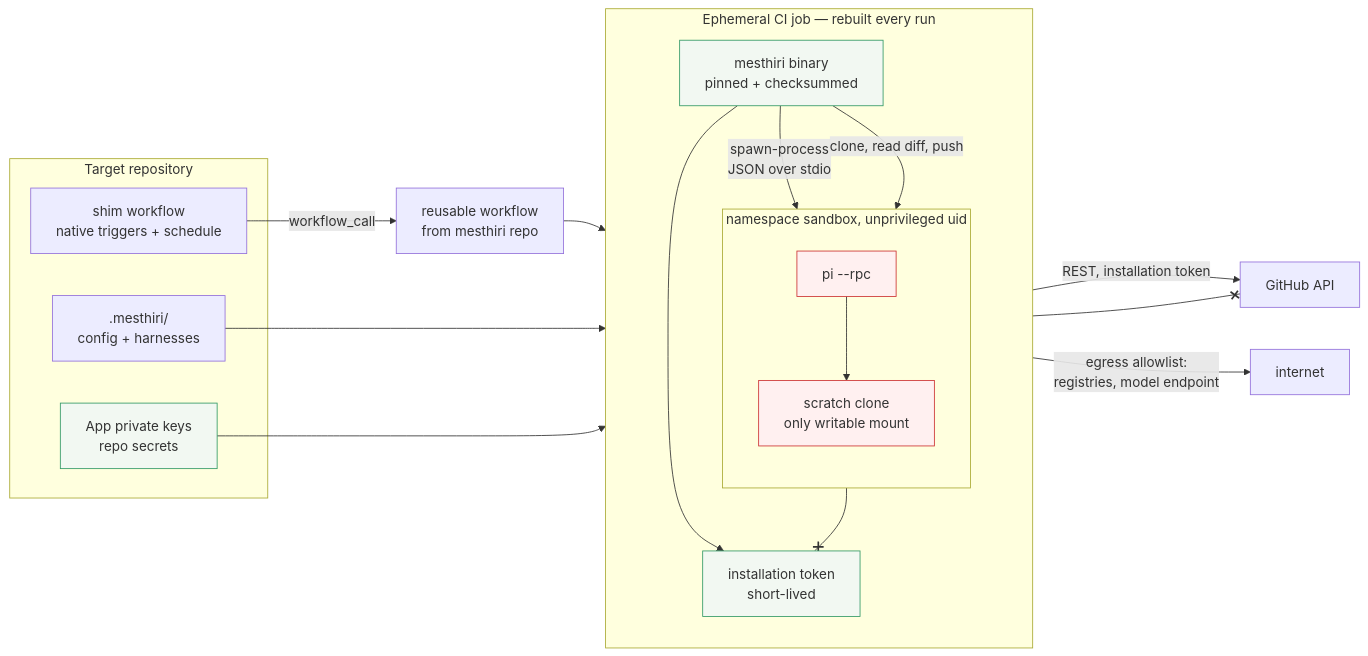
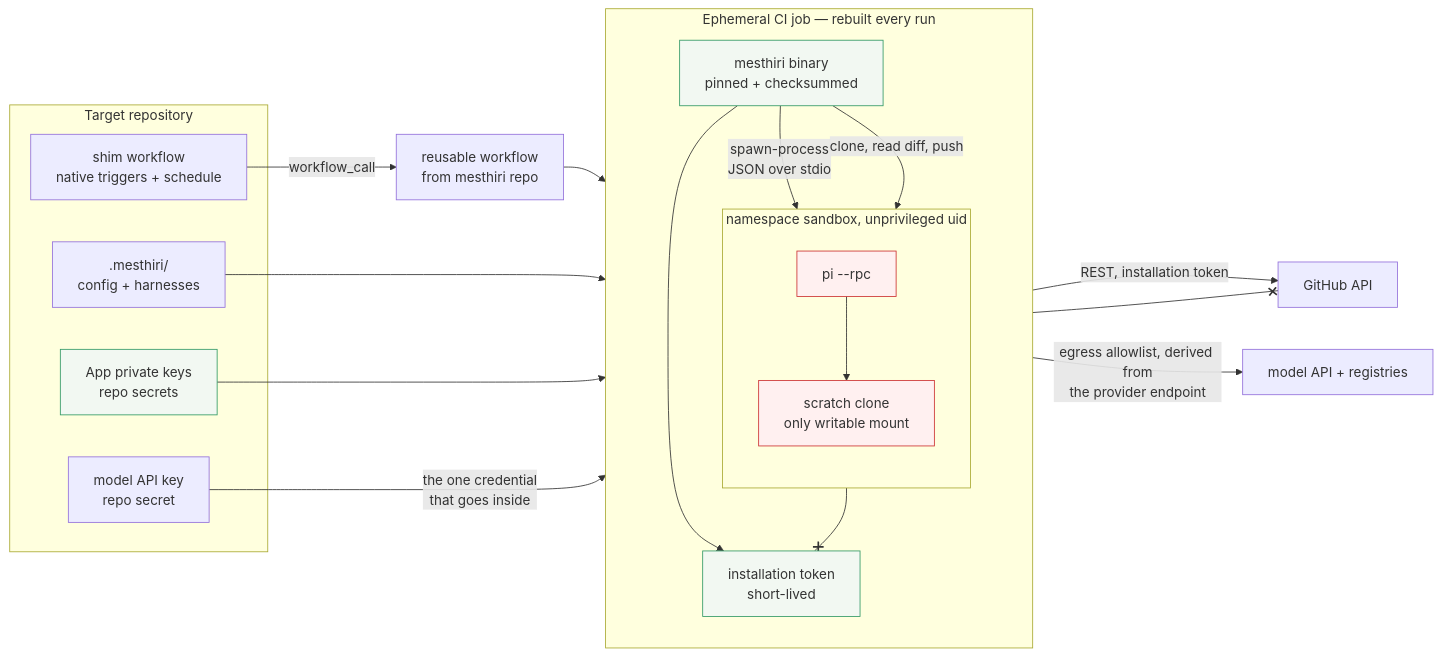
Before and after one commit to mesthiri/mesthiri: the first of 7 diagrams in docs/architecture.md, drawn with Mermaid. The commit also changed other lines of this file, not shown here.

````diff
--- a/docs/architecture.md
+++ b/docs/architecture.md
@@ -16,37 +16,39 @@
 ```mermaid
 flowchart LR
   subgraph repo["Target repository"]
     shim["shim workflow<br/>native triggers + schedule"]
     cfg[".mesthiri/<br/>config + harnesses"]
-    secret["App private keys<br/>repo secrets"]
+    appkeys["App private keys<br/>repo secrets"]
+    modelkey["model API key<br/>repo secret"]
   end
 
   subgraph job["Ephemeral CI job — rebuilt every run"]
     direction TB
     bin["mesthiri binary<br/>pinned + checksummed"]
     tok["installation token<br/>short-lived"]
     subgraph sbx["namespace sandbox, unprivileged uid"]
       direction TB
       agent["pi --rpc"]
       clone["scratch clone<br/>only writable mount"]
     end
     bin --> tok
     bin -->|"spawn-process<br/>JSON over stdio"| agent
     bin -->|"clone, read diff, push"| clone
     agent --> clone
   end
 
   shim -->|"workflow_call"| reusable["reusable workflow<br/>from mesthiri repo"]
   reusable --> bin
   cfg --> bin
-  secret --> bin
+  appkeys --> bin
+  modelkey -->|"the one credential<br/>that goes inside"| agent
   bin -->|"REST, installation token"| gh["GitHub API"]
-  agent -->|"egress allowlist:<br/>registries, model endpoint"| net["internet"]
+  agent -->|"egress allowlist, derived from<br/>the provider endpoint"| net["model API + registries"]
   agent --x gh
   agent --x tok
 
   classDef danger fill:#fff0f0,stroke:#c33
   classDef safe fill:#f2f8f2,stroke:#396
   class agent,clone danger
-  class bin,tok,secret safe
+  class bin,tok,appkeys safe
 ```
````
